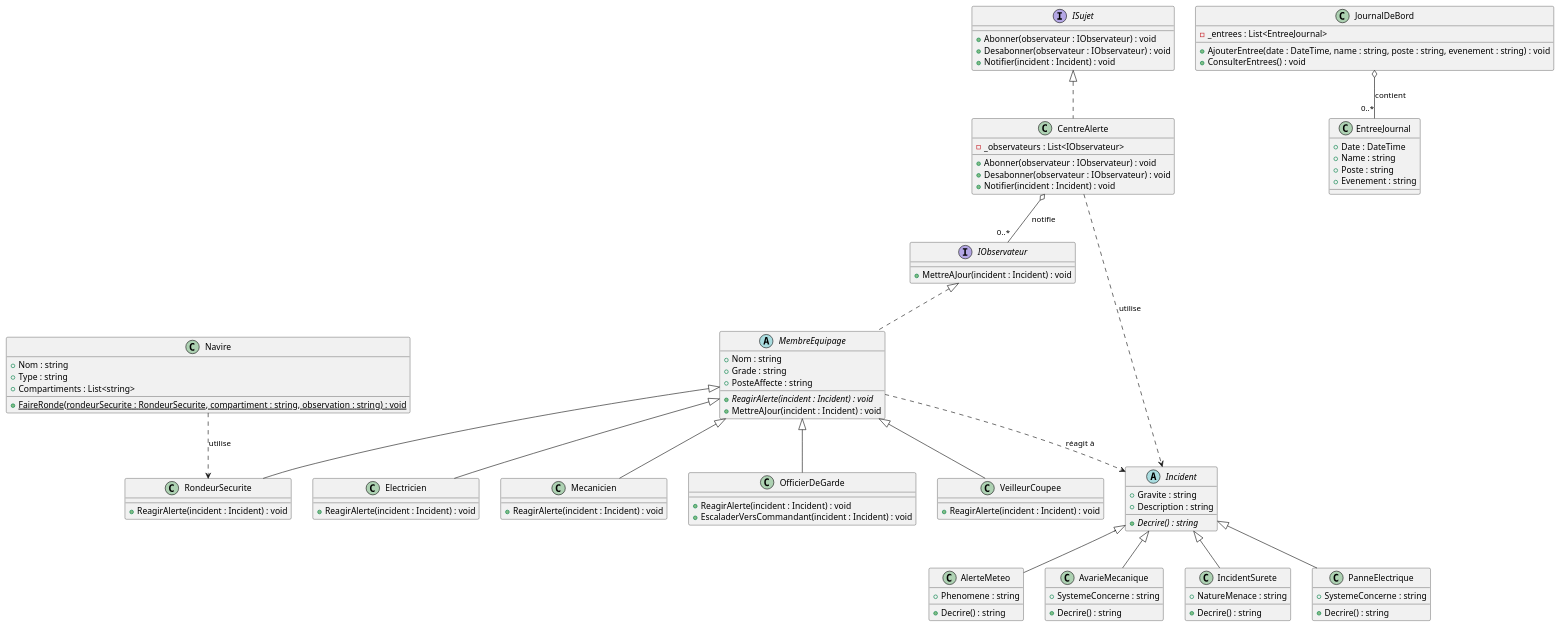
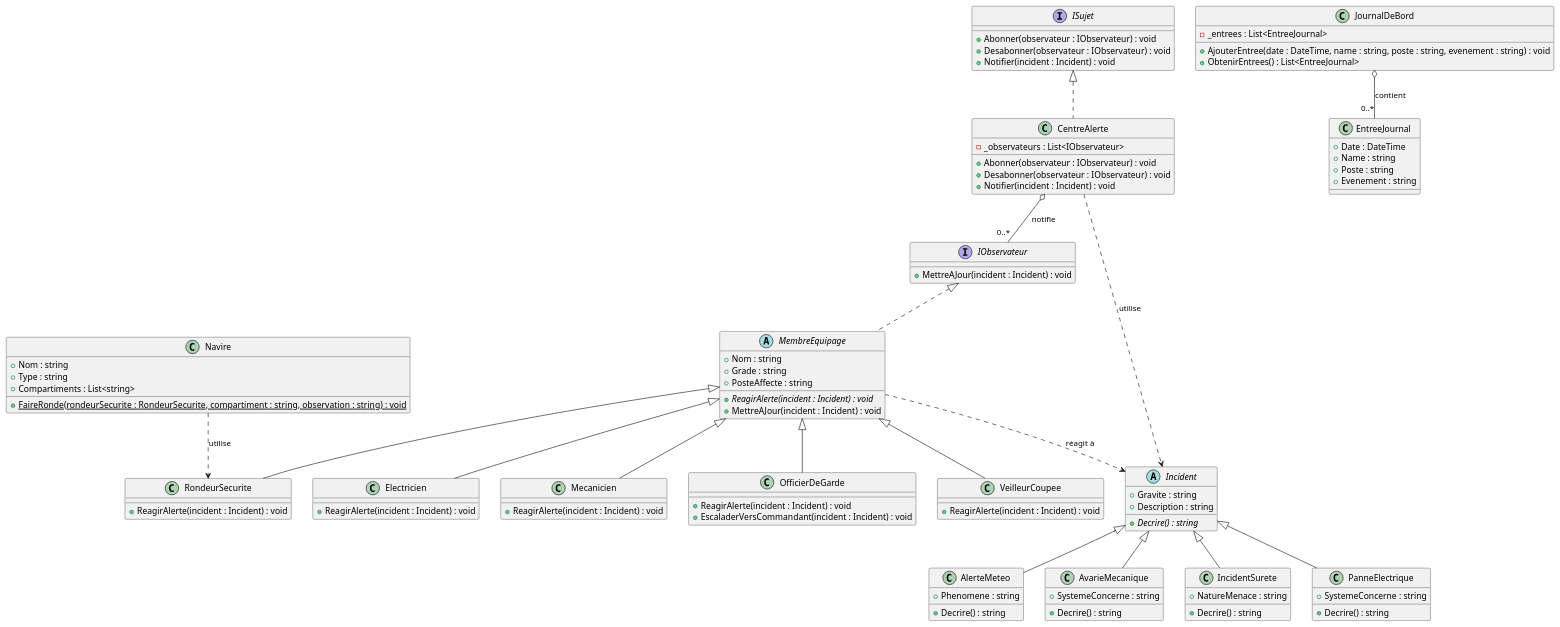
One commit to Melisakira/QuartAQuai changed the diagram in QuartAQuai_UML.puml. Above: the diagram before and after it, drawn with PlantUML.

Commit message:
changement + Obtenirentrees() suite au tableau - consulterEntrees()

```diff
--- a/QuartAQuai_UML.puml
+++ b/QuartAQuai_UML.puml
@@ -1,107 +1,107 @@
 @startuml QuartAQuai
 
 ' ===== Hiérarchie Incident =====
 abstract class Incident {
     +Gravite : string
     +Description : string
     +{abstract} Decrire() : string
 }
 class AlerteMeteo {
     +Phenomene : string
     +Decrire() : string
 }
 class AvarieMecanique {
     +SystemeConcerne : string
     +Decrire() : string
 }
 class IncidentSurete {
     +NatureMenace : string
     +Decrire() : string
 }
 class PanneElectrique {
     +SystemeConcerne : string
     +Decrire() : string
 }
 
 Incident <|-- AlerteMeteo
 Incident <|-- AvarieMecanique
 Incident <|-- IncidentSurete
 Incident <|-- PanneElectrique
 
 ' ===== Pattern Observer =====
 interface IObservateur {
     +MettreAJour(incident : Incident) : void
 }
 interface ISujet {
     +Abonner(observateur : IObservateur) : void
     +Desabonner(observateur : IObservateur) : void
     +Notifier(incident : Incident) : void
 }
 class CentreAlerte {
     -_observateurs : List<IObservateur>
     +Abonner(observateur : IObservateur) : void
     +Desabonner(observateur : IObservateur) : void
     +Notifier(incident : Incident) : void
 }
 
 ISujet <|.. CentreAlerte
 CentreAlerte o-- "0..*" IObservateur : notifie
 CentreAlerte ..> Incident : utilise
 
 ' ===== Hiérarchie MembreEquipage =====
 abstract class MembreEquipage {
     +Nom : string
     +Grade : string
     +PosteAffecte : string
     +{abstract} ReagirAlerte(incident : Incident) : void
     +MettreAJour(incident : Incident) : void
 }
 class Electricien {
     +ReagirAlerte(incident : Incident) : void
 }
 class Mecanicien {
     +ReagirAlerte(incident : Incident) : void
 }
 class OfficierDeGarde {
     +ReagirAlerte(incident : Incident) : void
     +EscaladerVersCommandant(incident : Incident) : void
 }
 class RondeurSecurite {
     +ReagirAlerte(incident : Incident) : void
 }
 class VeilleurCoupee {
     +ReagirAlerte(incident : Incident) : void
 }
 
 MembreEquipage <|-- Electricien
 MembreEquipage <|-- Mecanicien
 MembreEquipage <|-- OfficierDeGarde
 MembreEquipage <|-- RondeurSecurite
 MembreEquipage <|-- VeilleurCoupee
 IObservateur <|.. MembreEquipage
 MembreEquipage ..> Incident : réagit à
 
 ' ===== Navire =====
 class Navire {
     +Nom : string
     +Type : string
     +Compartiments : List<string>
     +{static} FaireRonde(rondeurSecurite : RondeurSecurite, compartiment : string, observation : string) : void
 }
 Navire ..> RondeurSecurite : utilise
 
 ' ===== Journal de bord =====
 class JournalDeBord {
     -_entrees : List<EntreeJournal>
     +AjouterEntree(date : DateTime, name : string, poste : string, evenement : string) : void
-    +ConsulterEntrees() : void
+    +ObtenirEntrees() : List<EntreeJournal>
 }
 class EntreeJournal {
     +Date : DateTime
     +Name : string
     +Poste : string
     +Evenement : string
 }
 JournalDeBord o-- "0..*" EntreeJournal : contient
 
 @enduml
```
